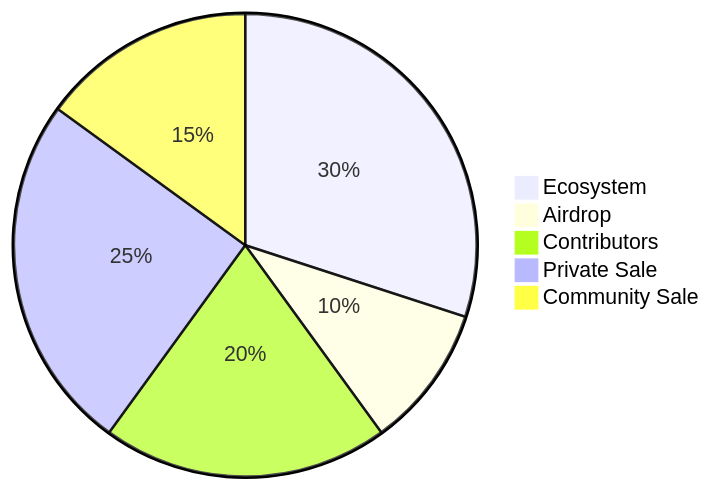
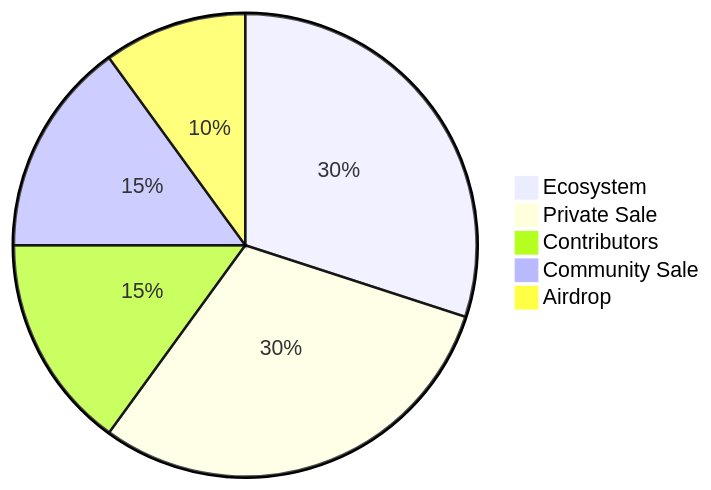
The diagram in docs/tokenomics.md (LongDefi-foundation/docs), drawn with Mermaid before and after one commit. The commit also changed 4 other files, not shown here.

````diff
--- a/docs/tokenomics.md
+++ b/docs/tokenomics.md
@@ -7,9 +7,9 @@
 ```mermaid
 %%{init: {"pie": {"textPosition": 0.5}, "themeVariables": {"pieOuterStrokeWidth": "2px"}} }%%
 pie
     "Ecosystem" : 30
+    "Private Sale" : 30
+    "Contributors" : 15
+    "Community Sale" : 15
     "Airdrop" : 10
-    "Contributors" : 20
-    "Private Sale" : 25
-    "Community Sale" : 15
 ```
````
